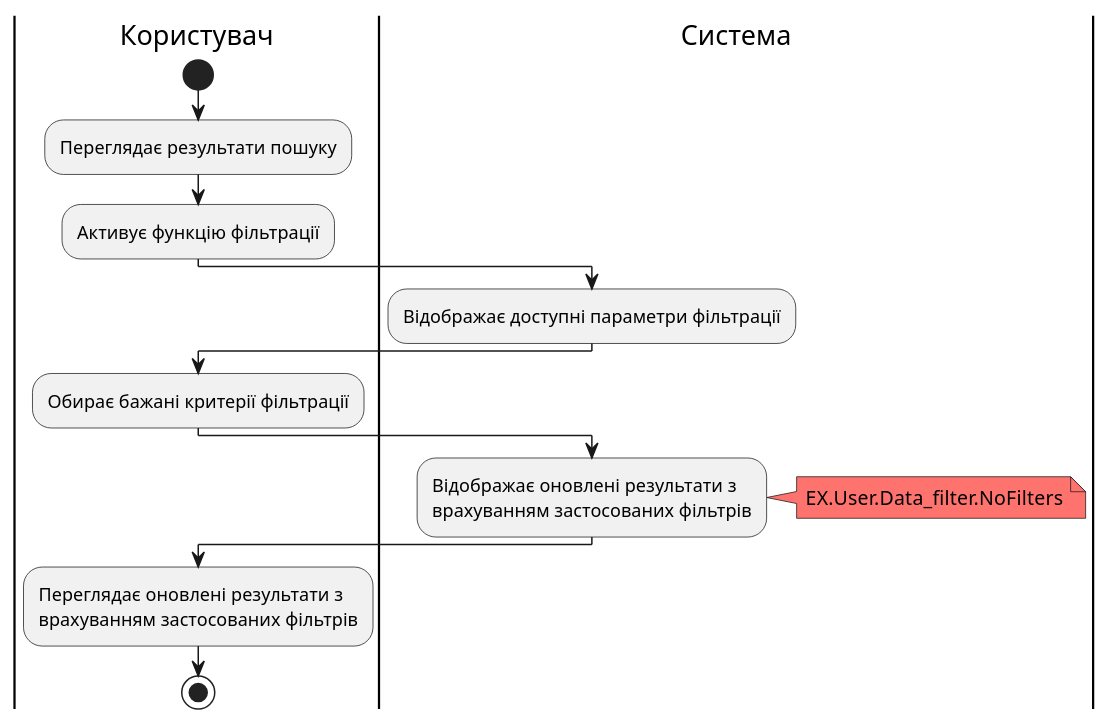
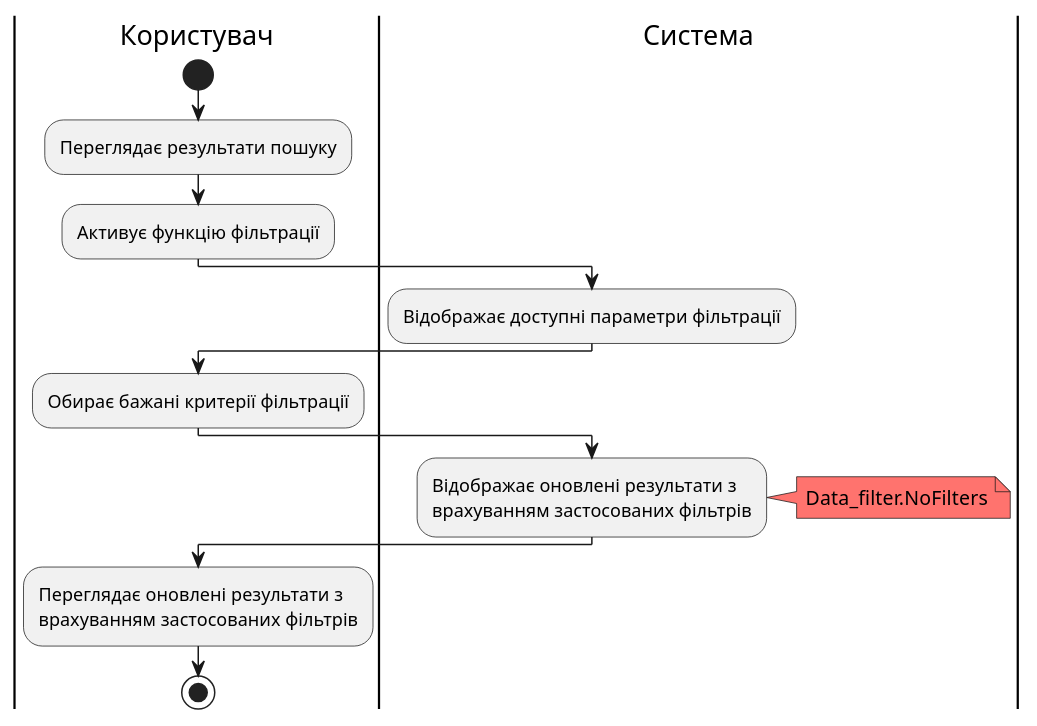
Diagram 11 of 18 in docs/use cases/README.md (nonGratis/retarder-io-23-3), drawn with PlantUML before and after one commit. The commit also changed other lines of this file, not shown here.

Commit message:
correct User.Login in use cases

```diff
--- a/docs/use cases/README.md
+++ b/docs/use cases/README.md
@@ -343,19 +338,19 @@
 @startuml
 |Користувач|
     start
     :Переглядає результати пошуку;
     :Активує функцію фільтрації;
 |Система|
     :Відображає доступні параметри фільтрації;
 |Користувач|
     :Обирає бажані критерії фільтрації;
 |Система|
     :Відображає оновлені результати з\nврахуванням застосованих фільтрів;
         note right #FF736E
-            EX.User.Data_filter.NoFilters
+            Data_filter.NoFilters
         end note
     
 |Користувач|
     :Переглядає оновлені результати з\nврахуванням застосованих фільтрів;
     stop;
 @enduml
```
